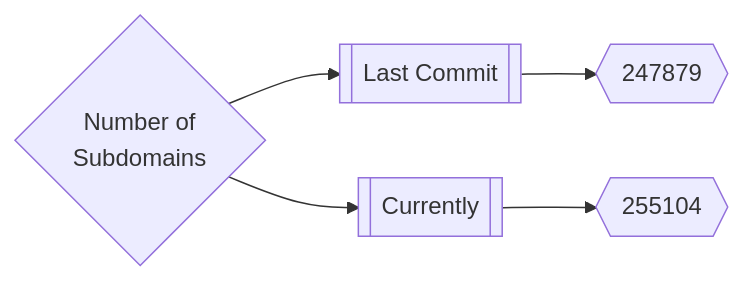
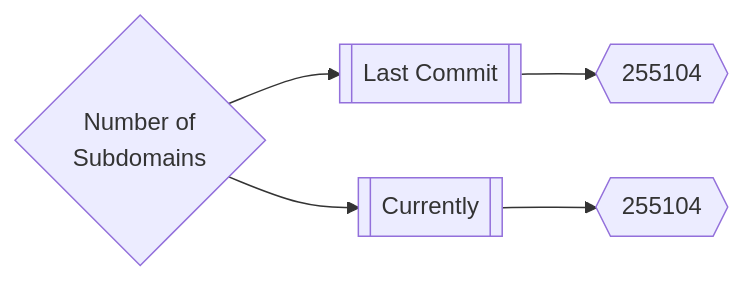
Before and after one commit to trickest/inventory: the first of 3 diagrams in README.md, drawn with Mermaid.

Commit message:
Update Fri Mar 11 01:38:39 UTC 2022

````diff
--- a/README.md
+++ b/README.md
@@ -165,5 +165,5 @@
 ```mermaid
 graph LR
-title{Number of<br>Subdomains} --> subdomainsDate1[[Last Commit]] --> subdomainsNum1{{247879}}
+title{Number of<br>Subdomains} --> subdomainsDate1[[Last Commit]] --> subdomainsNum1{{255104}}
 title --> subdomainsDate2[[Currently]] --> subdomainsNum2{{255104}}
 ```
````
